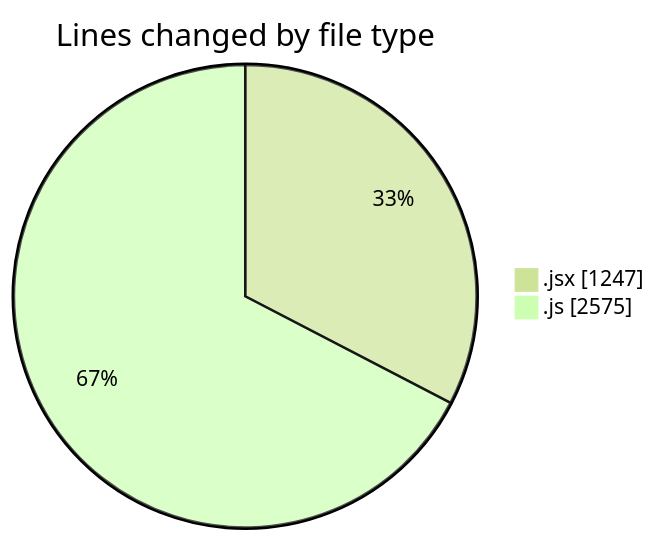
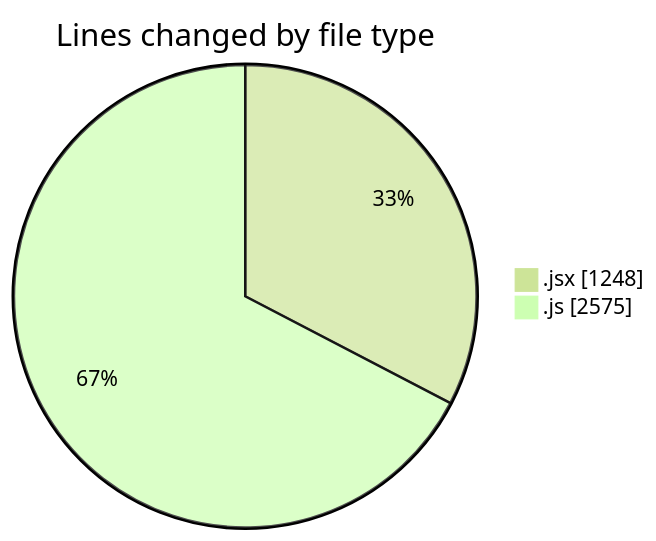
One commit to nxtqubesakshisongat/code-tracking changed the first of 2 diagrams in 2025-07-25/nxtqube_webapp/README.md. Above: the diagram before and after it, drawn with Mermaid (forest theme). The commit also changed other lines of this file and 1 other file, not shown here.

````diff
--- a/2025-07-25/nxtqube_webapp/README.md
+++ b/2025-07-25/nxtqube_webapp/README.md
@@ -33,6 +33,6 @@
 ```mermaid
 pie showData
 title Lines changed by file type
-".jsx" : 1247
+".jsx" : 1248
 ".js" : 2575
 ```
````
